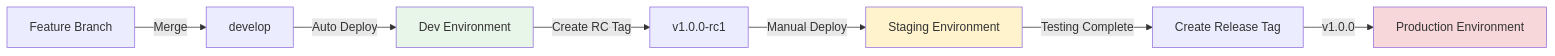
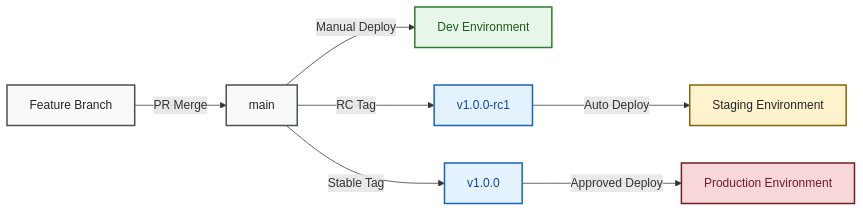
The diagram in docs/guides/multi-environment-strategy.md (Celtikill/static-site), drawn with Mermaid before and after one commit. The commit also changed other lines of this file and 32 other files, not shown here.

Commit message:
architecture docs update

````diff
--- a/docs/guides/multi-environment-strategy.md
+++ b/docs/guides/multi-environment-strategy.md
@@ -161,13 +161,26 @@
 ```mermaid
 graph LR
-    A[Feature Branch] -->|Merge| B[develop]
-    B -->|Auto Deploy| C[Dev Environment]
-    C -->|Create RC Tag| D[v1.0.0-rc1]
-    D -->|Manual Deploy| E[Staging Environment]
-    E -->|Testing Complete| F[Create Release Tag]
-    F -->|v1.0.0| G[Production Environment]
+    %% Accessibility
+    accTitle: Environment Promotion Flow
+    accDescr: Shows how code flows from feature branches through environments. Feature branches merge to main via PR. RC tags trigger staging deployment. Stable releases trigger production deployment. Manual deployment available for development environment.
     
-    style C fill:#e8f5e9
-    style E fill:#fff3cd
-    style G fill:#f8d7da
+    A[Feature Branch] -->|PR Merge| B[main]
+    B -->|Manual Deploy| C[Dev Environment]
+    B -->|RC Tag| D[v1.0.0-rc1]
+    D -->|Auto Deploy| E[Staging Environment]
+    B -->|Stable Tag| F[v1.0.0]
+    F -->|Approved Deploy| G[Production Environment]
+    
+    %% High-Contrast Styling for Accessibility
+    classDef devBox fill:#e8f5e9,stroke:#2e7d32,stroke-width:2px,color:#1b5e20
+    classDef stagingBox fill:#fff3cd,stroke:#856404,stroke-width:2px,color:#212529
+    classDef prodBox fill:#f8d7da,stroke:#721c24,stroke-width:2px,color:#721c24
+    classDef branchBox fill:#f8f9fa,stroke:#495057,stroke-width:2px,color:#212529
+    classDef tagBox fill:#e3f2fd,stroke:#1565c0,stroke-width:2px,color:#0d47a1
+    
+    class C devBox
+    class E stagingBox
+    class G prodBox
+    class A,B branchBox
+    class D,F tagBox
 ```
````
